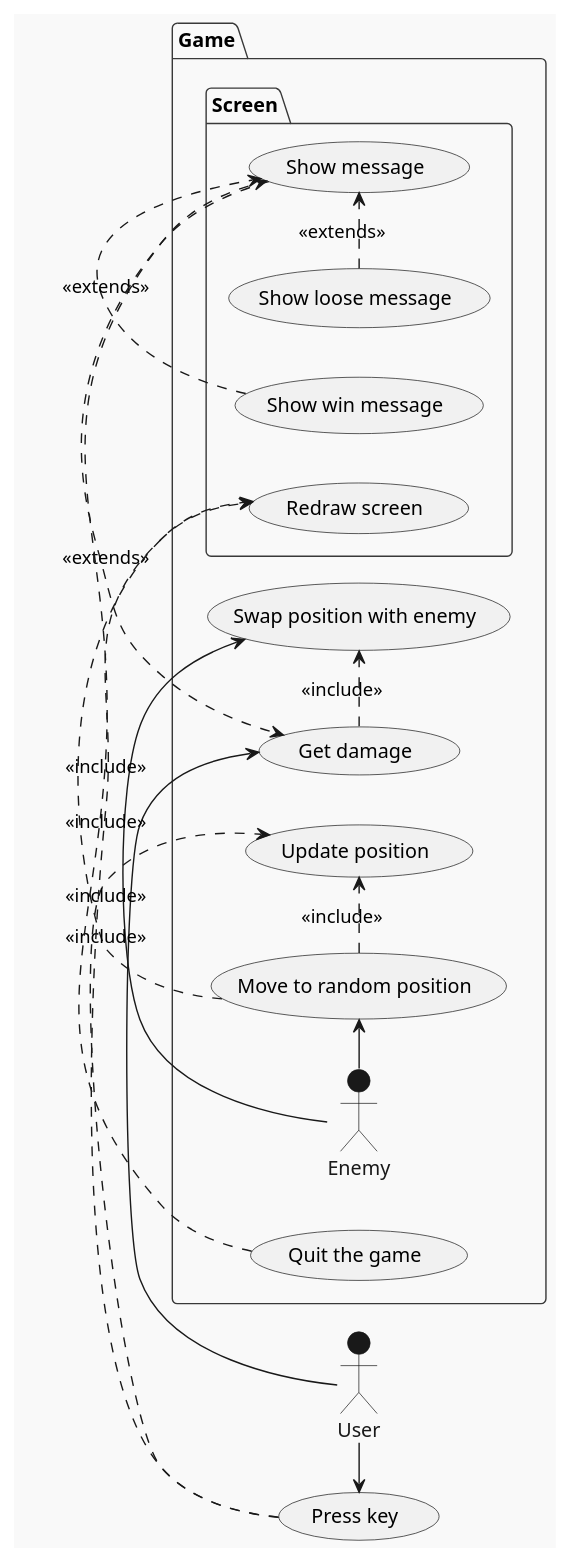
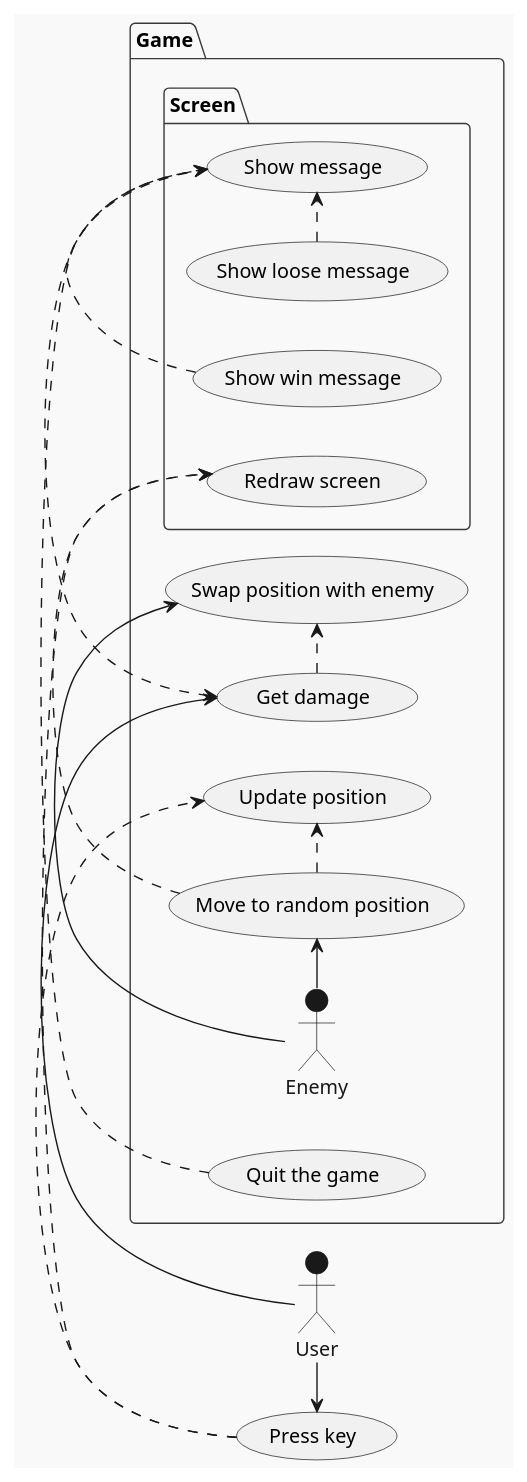
The diagram in docs/diagrams_raw/usecase.plantuml (vikimova/lab1), drawn with PlantUML before and after one commit.

```diff
--- a/docs/diagrams_raw/usecase.plantuml
+++ b/docs/diagrams_raw/usecase.plantuml
@@ -1,47 +1,47 @@
 @startuml
 !theme mars
 
 left to right direction
 
 actor User
 
 
 (Press key) as pk
 
 
 package Game {
   actor Enemy
   (Get damage) as gd
   (Quit the game) as qtg
   (Move to random position) as grp
   (Swap position with enemy) as swp
   (Update position) as up
     package Screen {
       (Redraw screen) as rds
       (Show message) as sm
       (Show loose message) as sbm
       (Show win message) as swm
     }
 }
 
 
 User -> gd
 User -> pk
 Enemy -> grp
 Enemy -> swp
 
-sbm .> sm: <<extends>>
-swm .> sm: <<extends>>
-sm .> gd: <<extends>>
+sbm .> sm
+swm .> sm
+sm .> gd
 
 
-grp .> up: <<include>>
-grp .> rds: <<include>>
+grp .> up
+grp .> rds
 
-pk .> up: <<include>>
-pk .> rds: <<include>>
-gd .> swp: <<include>>
+pk .> up
+pk .> rds
+gd .> swp
 
-qtg .> sm: <<include>>
+qtg .> sm
 
 @enduml
```
